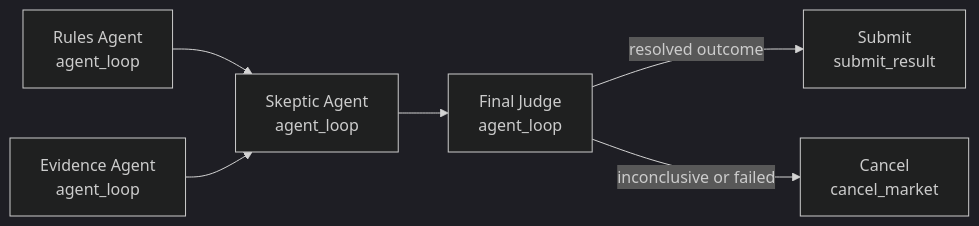
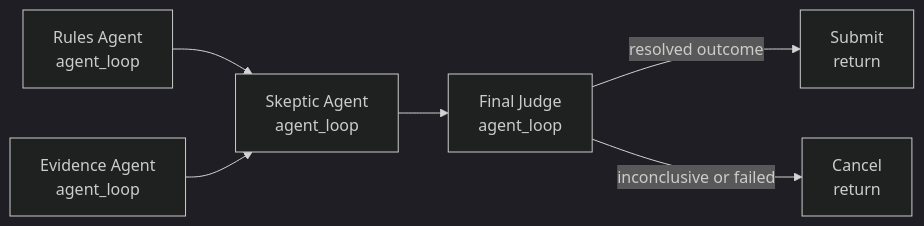
Before and after one commit to qmrkt/resolution-engine: the diagram in docs/examples/agent-panel-judge/README.md, drawn with Mermaid (dark theme). The commit also changed 86 other files, not shown here.

````diff
--- a/docs/examples/agent-panel-judge/README.md
+++ b/docs/examples/agent-panel-judge/README.md
@@ -12,15 +12,15 @@
 ```mermaid
 flowchart LR
   rules["Rules Agent<br/>agent_loop"]
   evidence["Evidence Agent<br/>agent_loop"]
   skeptic["Skeptic Agent<br/>agent_loop"]
   judge["Final Judge<br/>agent_loop"]
-  submit["Submit<br/>submit_result"]
-  cancel["Cancel<br/>cancel_market"]
+  submit["Submit<br/>return"]
+  cancel["Cancel<br/>return"]
 
   rules --> skeptic
   evidence --> skeptic
   skeptic --> judge
   judge -->|"resolved outcome"| submit
   judge -->|"inconclusive or failed"| cancel
 ```
````
